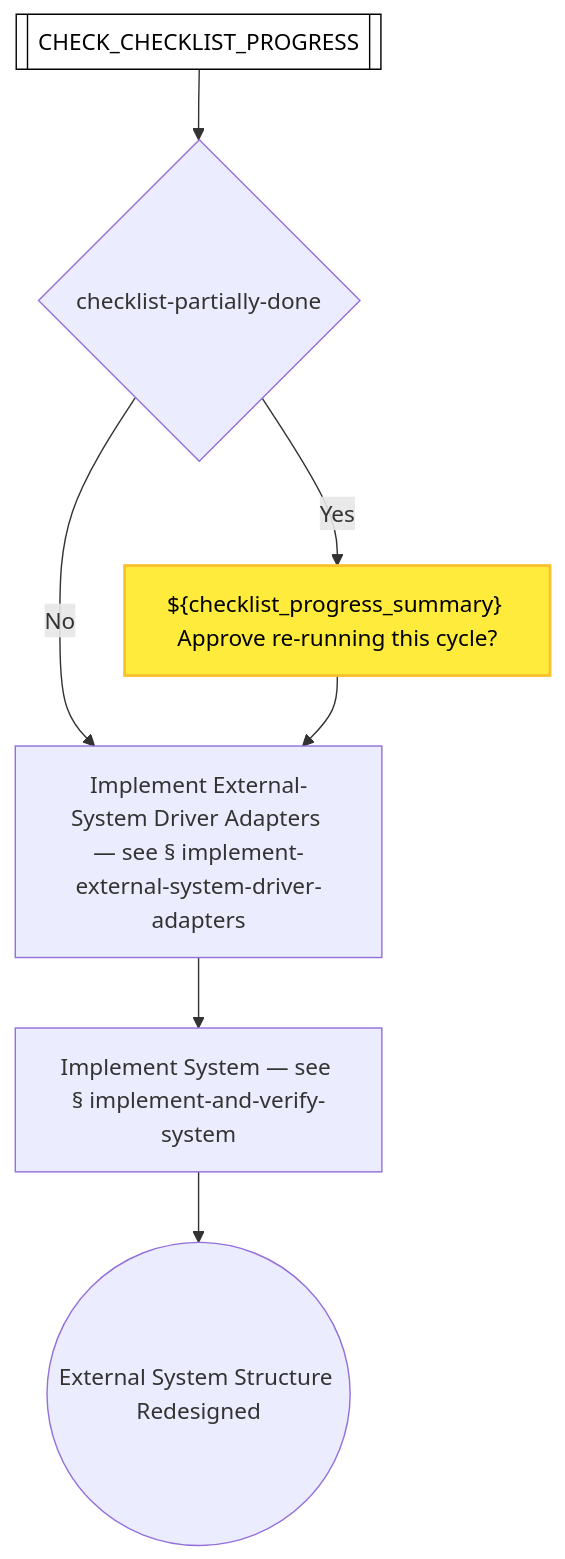
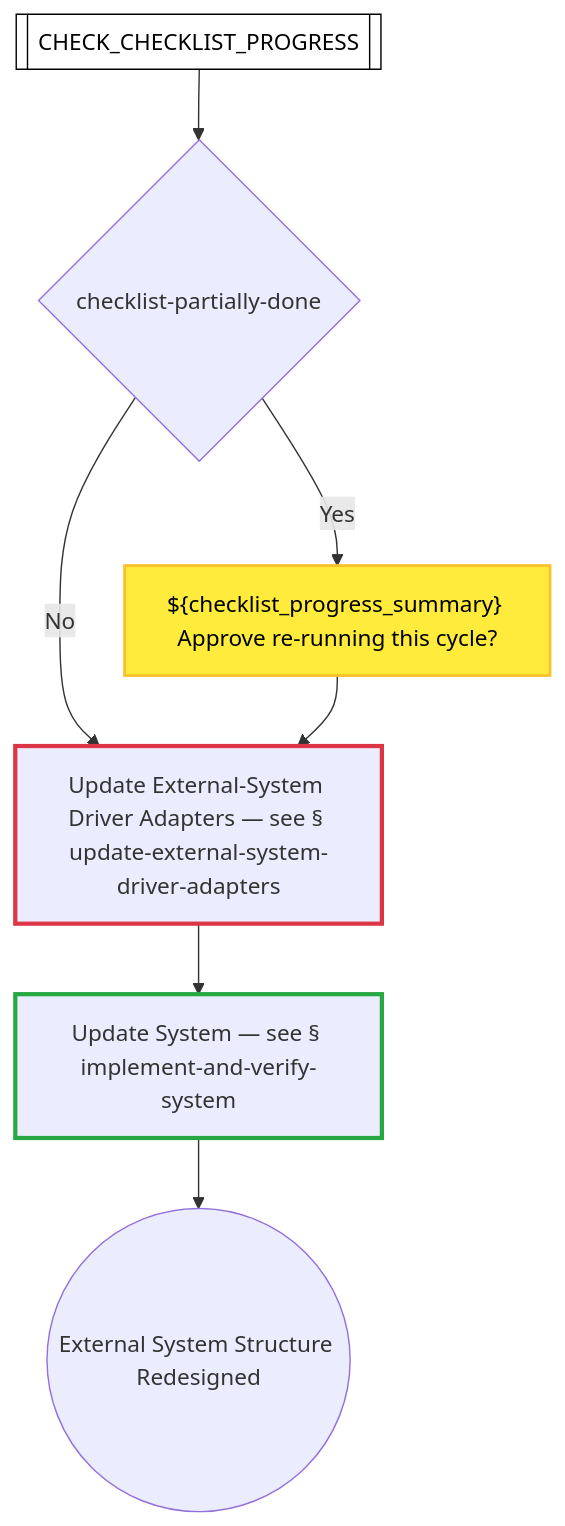
Before and after one commit to optivem/gh-optivem: diagram 51 of 54 in docs/process-diagram.md, drawn with Mermaid. The commit also changed other lines of this file and 47 other files, not shown here.

````diff
--- a/docs/process-diagram.md
+++ b/docs/process-diagram.md
@@ -852,22 +864,28 @@
 ```mermaid
 flowchart TD
     CHECK_CHECKLIST_PROGRESS[[CHECK_CHECKLIST_PROGRESS]]
     GATE_CHECKLIST_PARTIALLY_DONE{checklist-partially-done}
-    IMPLEMENT_AND_VERIFY_SYSTEM[Implement System — see § implement-and-verify-system]
-    IMPLEMENT_EXTERNAL_SYSTEM_DRIVER_ADAPTERS[Implement External-System Driver Adapters — see § implement-external-system-driver-adapters]
+    IMPLEMENT_AND_VERIFY_SYSTEM[Update System — see § implement-and-verify-system]
     REDESIGN_EXTERNAL_END((External System Structure Redesigned))
     STOP_CHECKLIST_PARTIALLY_DONE["${checklist_progress_summary} Approve re-running this cycle?"]
+    UPDATE_EXTERNAL_SYSTEM_DRIVER_ADAPTERS[Update External-System Driver Adapters — see § update-external-system-driver-adapters]
 
     CHECK_CHECKLIST_PROGRESS --> GATE_CHECKLIST_PARTIALLY_DONE
     GATE_CHECKLIST_PARTIALLY_DONE -- Yes --> STOP_CHECKLIST_PARTIALLY_DONE
-    GATE_CHECKLIST_PARTIALLY_DONE -- No --> IMPLEMENT_EXTERNAL_SYSTEM_DRIVER_ADAPTERS
-    STOP_CHECKLIST_PARTIALLY_DONE --> IMPLEMENT_EXTERNAL_SYSTEM_DRIVER_ADAPTERS
-    IMPLEMENT_EXTERNAL_SYSTEM_DRIVER_ADAPTERS --> IMPLEMENT_AND_VERIFY_SYSTEM
+    GATE_CHECKLIST_PARTIALLY_DONE -- No --> UPDATE_EXTERNAL_SYSTEM_DRIVER_ADAPTERS
+    STOP_CHECKLIST_PARTIALLY_DONE --> UPDATE_EXTERNAL_SYSTEM_DRIVER_ADAPTERS
+    UPDATE_EXTERNAL_SYSTEM_DRIVER_ADAPTERS --> IMPLEMENT_AND_VERIFY_SYSTEM
     IMPLEMENT_AND_VERIFY_SYSTEM --> REDESIGN_EXTERNAL_END
 
     classDef serviceNode fill:#ffffff,stroke:#000000,stroke-width:1px,color:#000000
     class CHECK_CHECKLIST_PROGRESS serviceNode
 
     classDef humanNode fill:#ffeb3b,stroke:#fbc02d,stroke-width:2px,color:#000000
     class STOP_CHECKLIST_PARTIALLY_DONE humanNode
+
+    classDef tddRedNode stroke:#dc3545,stroke-width:3px
+    class UPDATE_EXTERNAL_SYSTEM_DRIVER_ADAPTERS tddRedNode
+
+    classDef tddGreenNode stroke:#28a745,stroke-width:3px
+    class IMPLEMENT_AND_VERIFY_SYSTEM tddGreenNode
 ```
````
